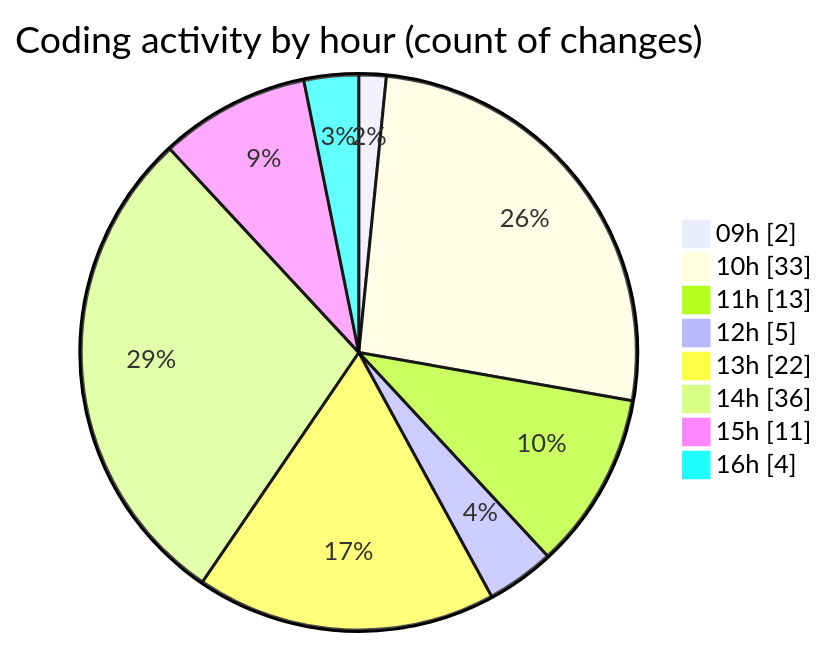
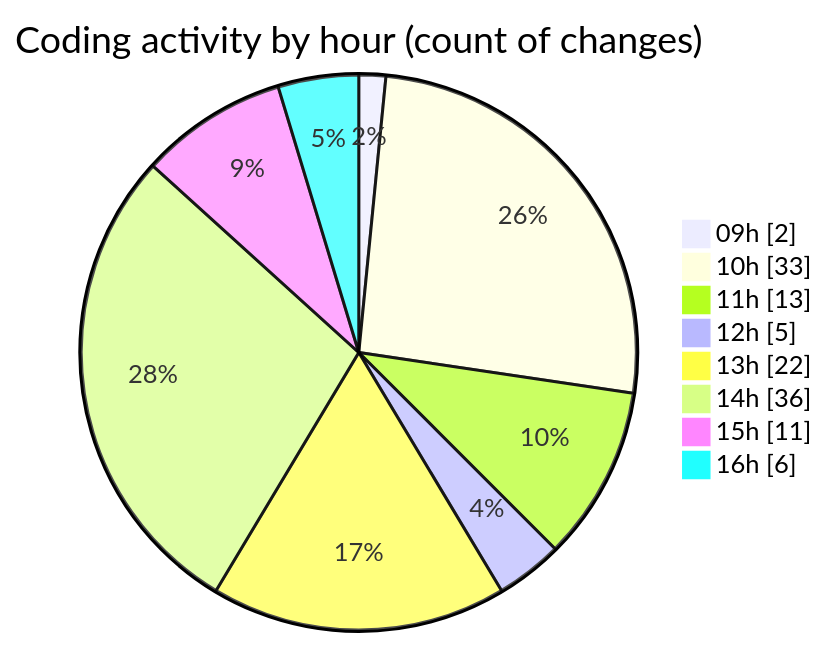
One commit to momahboobian/code-tracking changed the second of 2 diagrams in 2025-08-12/cda/README.md. Above: the diagram before and after it, drawn with Mermaid. The commit also changed other lines of this file and 1 other file, not shown here.

````diff
--- a/2025-08-12/cda/README.md
+++ b/2025-08-12/cda/README.md
@@ -53,12 +53,12 @@
 ```mermaid
 pie showData
 title Coding activity by hour (count of changes)
 "09h" : 2
 "10h" : 33
 "11h" : 13
 "12h" : 5
 "13h" : 22
 "14h" : 36
 "15h" : 11
-"16h" : 4
+"16h" : 6
 ```
````
